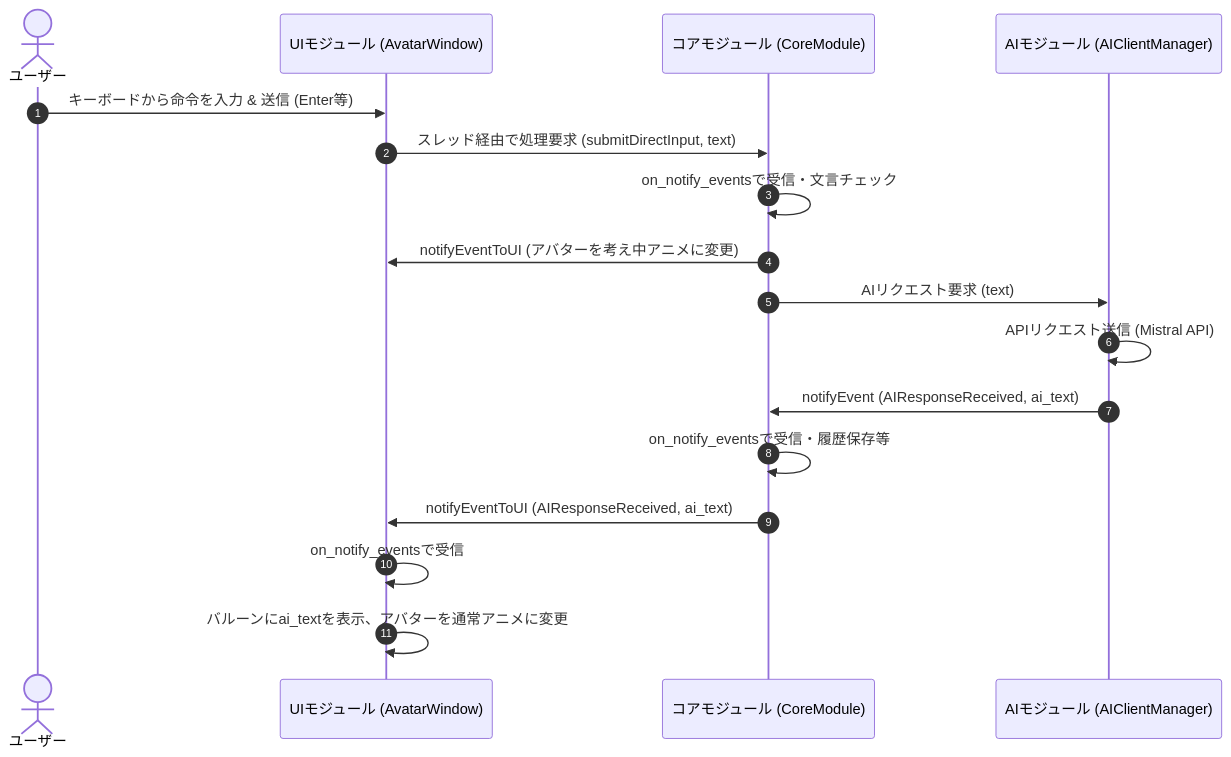
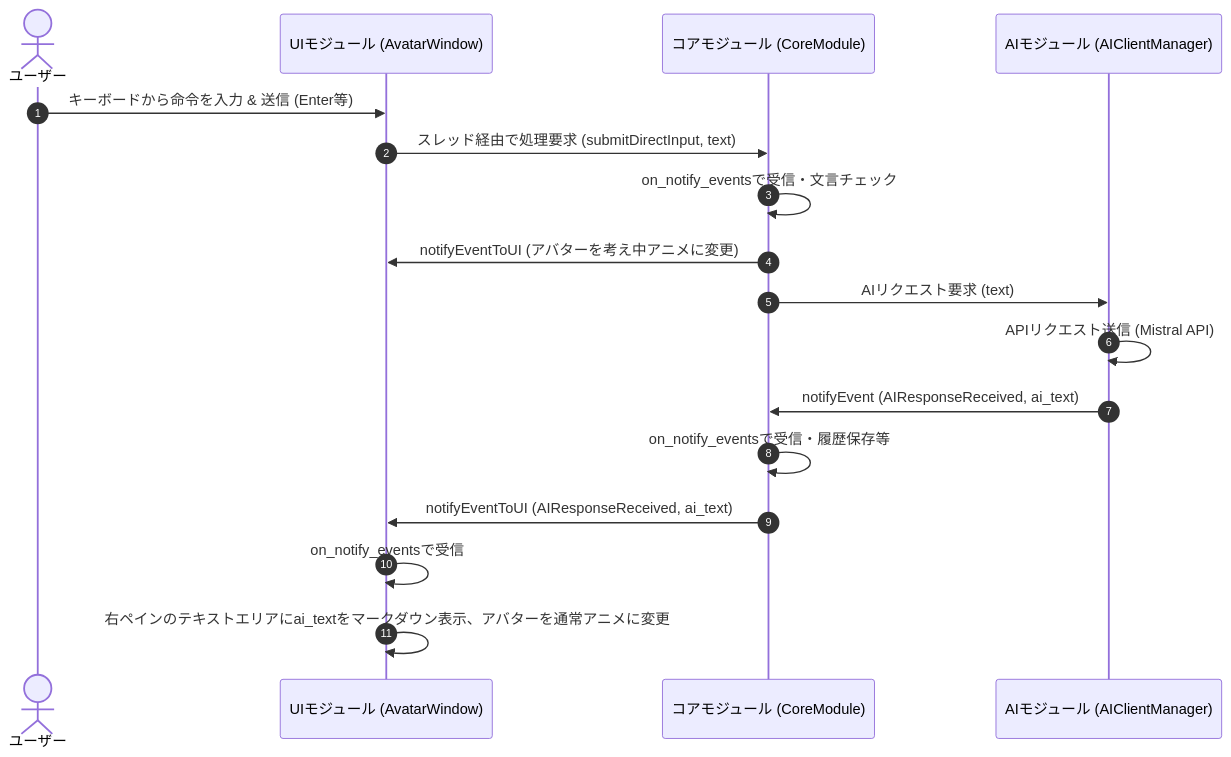
The fifth of 9 diagrams in doc/BasicDesign.md (BLUE000/AiAssistantAvatar), drawn with Mermaid before and after one commit. The commit also changed other lines of this file and 4 other files, not shown here.

````diff
--- a/doc/BasicDesign.md
+++ b/doc/BasicDesign.md
@@ -273,25 +272,25 @@
 ```mermaid
 sequenceDiagram
     autonumber
     actor User as ユーザー
     participant UI as UIモジュール (AvatarWindow)
     participant Core as コアモジュール (CoreModule)
     participant AI as AIモジュール (AIClientManager)
 
     User->>UI: キーボードから命令を入力 & 送信 (Enter等)
     UI->>Core: スレッド経由で処理要求 (submitDirectInput, text)
     
     %% コアが直接AI要求を発行 (STTをバイパス)
     Core->>Core: on_notify_eventsで受信・文言チェック
     Core->>UI: notifyEventToUI (アバターを考え中アニメに変更)
     Core->>AI: AIリクエスト要求 (text)
 
     AI->>AI: APIリクエスト送信 (Mistral API)
     AI->>Core: notifyEvent (AIResponseReceived, ai_text)
 
     %% コアがUIへ通知
     Core->>Core: on_notify_eventsで受信・履歴保存等
     Core->>UI: notifyEventToUI (AIResponseReceived, ai_text)
     UI->>UI: on_notify_eventsで受信
-    UI->>UI: バルーンにai_textを表示、アバターを通常アニメに変更
+    UI->>UI: 右ペインのテキストエリアにai_textをマークダウン表示、アバターを通常アニメに変更
 ```
````
